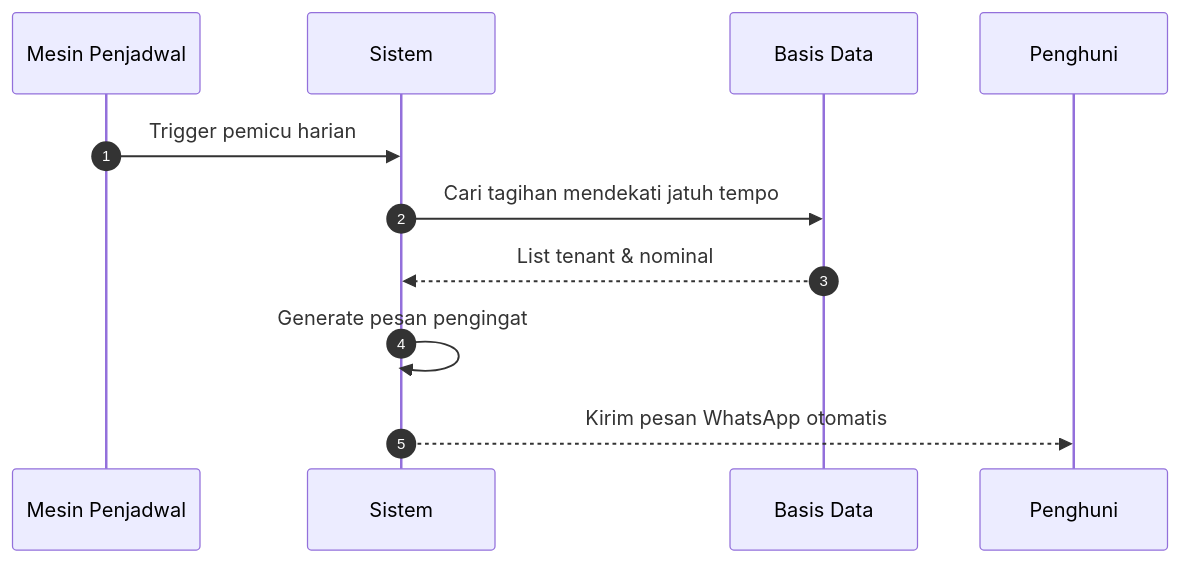
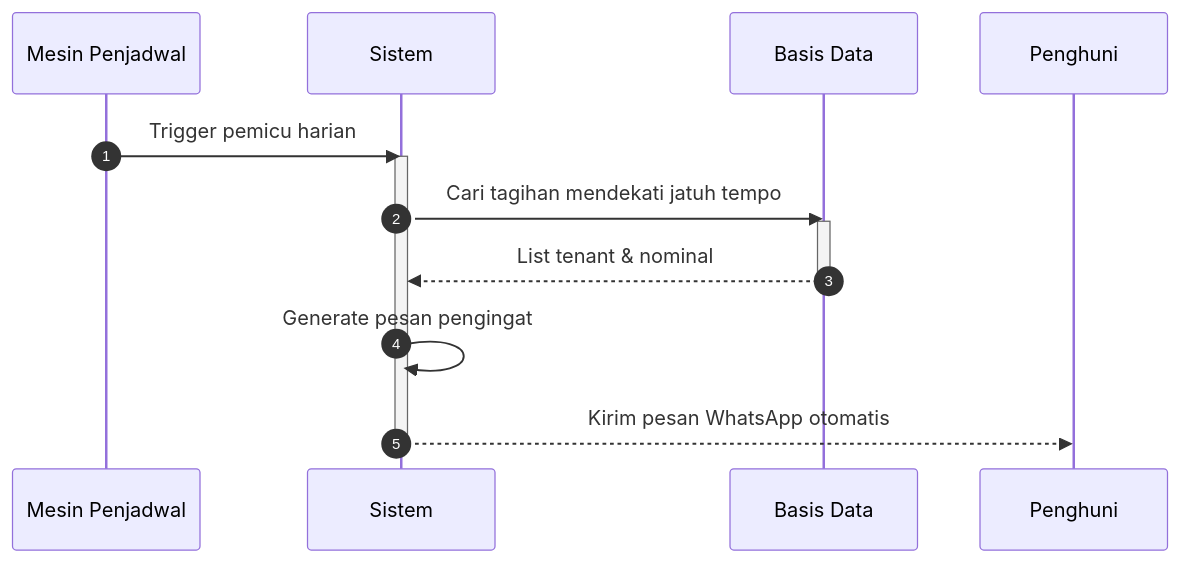
One commit to ahmadyasser72/tem-2 changed the diagram in docs/diagrams/10_sequence_diagram_terima_pengingat_tagihan.mmd. Above: the diagram before and after it, drawn with Mermaid. The commit also changed 60 other files, not shown here.

```diff
--- a/docs/diagrams/10_sequence_diagram_terima_pengingat_tagihan.mmd
+++ b/docs/diagrams/10_sequence_diagram_terima_pengingat_tagihan.mmd
@@ -1,11 +1,15 @@
 sequenceDiagram
     autonumber
     participant Cron as Mesin Penjadwal
     participant Sistem
     participant Basis Data
 
     Cron->>Sistem: Trigger pemicu harian
+    activate Sistem
     Sistem->>Basis Data: Cari tagihan mendekati jatuh tempo
+    activate Basis Data
     Basis Data-->>Sistem: List tenant & nominal
+    deactivate Basis Data
     Sistem->>Sistem: Generate pesan pengingat
     Sistem-->>Penghuni: Kirim pesan WhatsApp otomatis
+    deactivate Sistem
```
